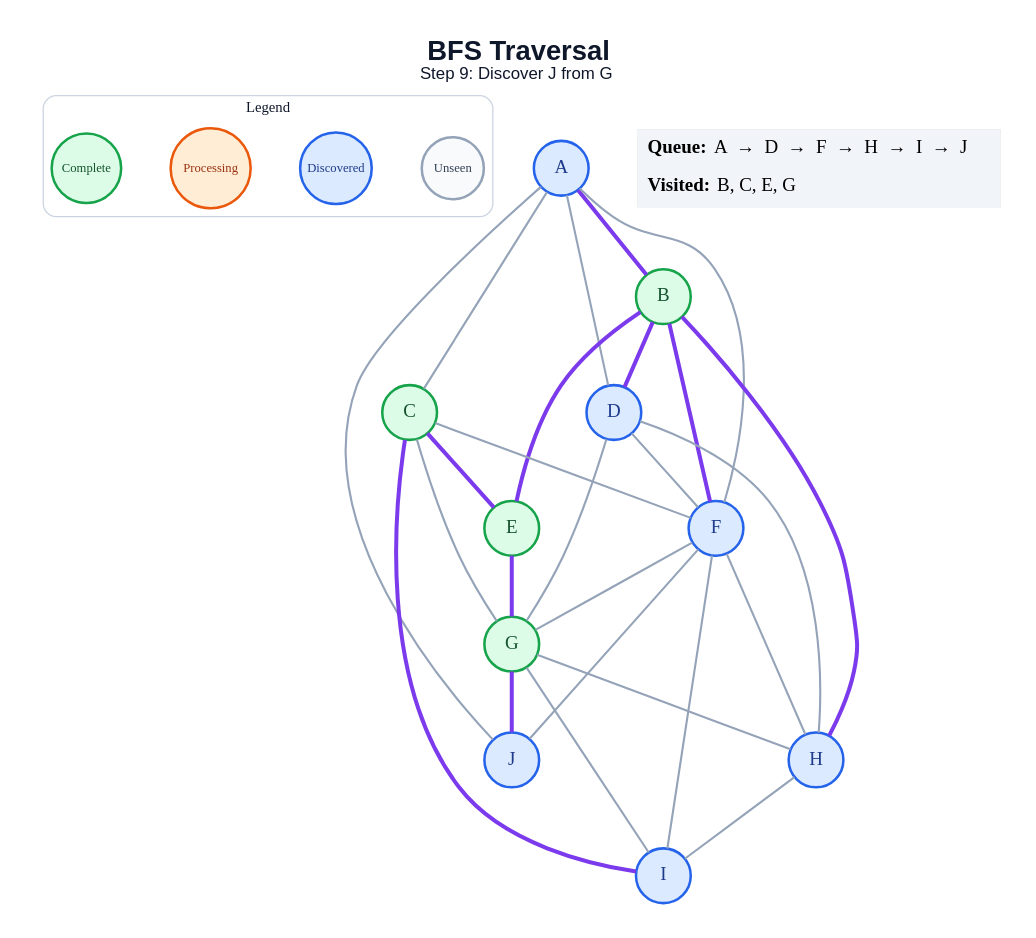
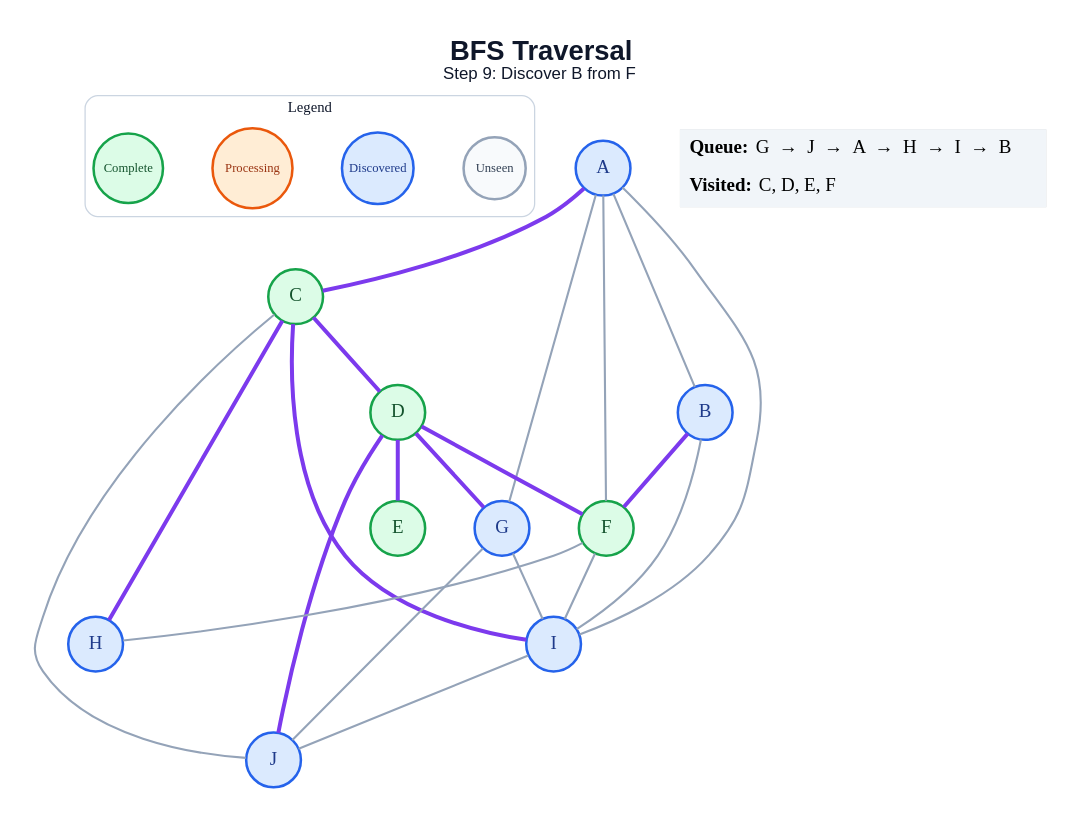
Before and after one commit to amanghodawala9/ai-slop: the diagram in generated/specific-node/bfs/step_09.dot, drawn with Graphviz. The commit also changed 178 other files, not shown here.

```diff
--- a/generated/specific-node/bfs/step_09.dot
+++ b/generated/specific-node/bfs/step_09.dot
@@ -1,54 +1,49 @@
 graph traversal {
   graph [layout=dot, rankdir=TB, bgcolor="#FFFFFF", pad="0.35", nodesep="0.65", ranksep="0.8", fontname="Arial"];
   node [shape=circle, style="filled", fontname="Arial Bold", fontsize=18, width=0.72, fixedsize=true, penwidth=2.4];
   edge [color="#94A3B8", penwidth=2.0];
-  label=<<B>BFS Traversal</B><BR/><FONT POINT-SIZE="16">Step 9: Discover J from G</FONT>>; labelloc="t"; fontsize=26; fontname="Arial"; fontcolor="#0F172A";
+  label=<<B>BFS Traversal</B><BR/><FONT POINT-SIZE="16">Step 9: Discover B from F</FONT>>; labelloc="t"; fontsize=26; fontname="Arial"; fontcolor="#0F172A";
   subgraph cluster_legend { label="Legend"; color="#CBD5E1"; penwidth=1.2; style="rounded"; fontsize=14; fontname="Arial Bold";
     key_unseen [label="Unseen", fillcolor="#F8FAFC", color="#94A3B8", fontcolor="#334155", fontsize=12, width=0.82];
     key_frontier [label="Discovered", fillcolor="#DBEAFE", color="#2563EB", fontcolor="#1E3A8A", fontsize=12, width=0.95];
     key_current [label="Processing", fillcolor="#FFEDD5", color="#EA580C", fontcolor="#9A3412", fontsize=12, width=1.05];
     key_done [label="Complete", fillcolor="#DCFCE7", color="#16A34A", fontcolor="#14532D", fontsize=12, width=0.92];
     { rank=same; key_unseen; key_frontier; key_current; key_done; }
   }
   A [fillcolor="#DBEAFE", color="#2563EB", fontcolor="#1E3A8A"];
-  B [fillcolor="#DCFCE7", color="#16A34A", fontcolor="#14532D"];
+  B [fillcolor="#DBEAFE", color="#2563EB", fontcolor="#1E3A8A"];
   C [fillcolor="#DCFCE7", color="#16A34A", fontcolor="#14532D"];
-  D [fillcolor="#DBEAFE", color="#2563EB", fontcolor="#1E3A8A"];
+  D [fillcolor="#DCFCE7", color="#16A34A", fontcolor="#14532D"];
   E [fillcolor="#DCFCE7", color="#16A34A", fontcolor="#14532D"];
-  F [fillcolor="#DBEAFE", color="#2563EB", fontcolor="#1E3A8A"];
-  G [fillcolor="#DCFCE7", color="#16A34A", fontcolor="#14532D"];
+  F [fillcolor="#DCFCE7", color="#16A34A", fontcolor="#14532D"];
+  G [fillcolor="#DBEAFE", color="#2563EB", fontcolor="#1E3A8A"];
   H [fillcolor="#DBEAFE", color="#2563EB", fontcolor="#1E3A8A"];
   I [fillcolor="#DBEAFE", color="#2563EB", fontcolor="#1E3A8A"];
   J [fillcolor="#DBEAFE", color="#2563EB", fontcolor="#1E3A8A"];
-  A -- B [color="#7C3AED", penwidth=3.8];
-  A -- C;
-  A -- D;
+  A -- B;
+  A -- C [color="#7C3AED", penwidth=3.8];
   A -- F;
-  A -- J;
-  B -- D [color="#7C3AED", penwidth=3.8];
-  B -- E [color="#7C3AED", penwidth=3.8];
+  A -- G;
+  A -- I;
   B -- F [color="#7C3AED", penwidth=3.8];
-  B -- H [color="#7C3AED", penwidth=3.8];
-  C -- E [color="#7C3AED", penwidth=3.8];
-  C -- F;
-  C -- G;
+  B -- I;
+  C -- D [color="#7C3AED", penwidth=3.8];
+  C -- H [color="#7C3AED", penwidth=3.8];
   C -- I [color="#7C3AED", penwidth=3.8];
-  D -- F;
-  D -- G;
-  D -- H;
-  E -- G [color="#7C3AED", penwidth=3.8];
-  F -- G;
+  C -- J;
+  D -- E [color="#7C3AED", penwidth=3.8];
+  D -- F [color="#7C3AED", penwidth=3.8];
+  D -- G [color="#7C3AED", penwidth=3.8];
+  D -- J [color="#7C3AED", penwidth=3.8];
   F -- H;
   F -- I;
-  F -- J;
-  G -- H;
   G -- I;
-  G -- J [color="#7C3AED", penwidth=3.8];
-  H -- I;
+  G -- J;
+  I -- J;
   status [shape=plain, fixedsize=false, width=0, height=0, margin=0, label=<
     <TABLE BORDER="0" CELLBORDER="0" CELLPADDING="7" BGCOLOR="#F1F5F9">
-      <TR><TD ALIGN="LEFT"><B>Queue:</B> A  →  D  →  F  →  H  →  I  →  J</TD></TR>
-      <TR><TD ALIGN="LEFT"><B>Visited:</B> B, C, E, G</TD></TR>
+      <TR><TD ALIGN="LEFT"><B>Queue:</B> G  →  J  →  A  →  H  →  I  →  B</TD></TR>
+      <TR><TD ALIGN="LEFT"><B>Visited:</B> C, D, E, F</TD></TR>
     </TABLE>
   >];
 }
```
